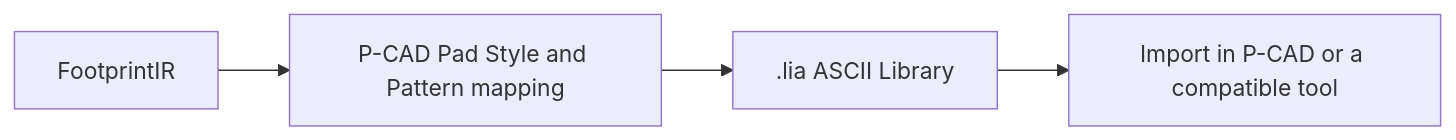
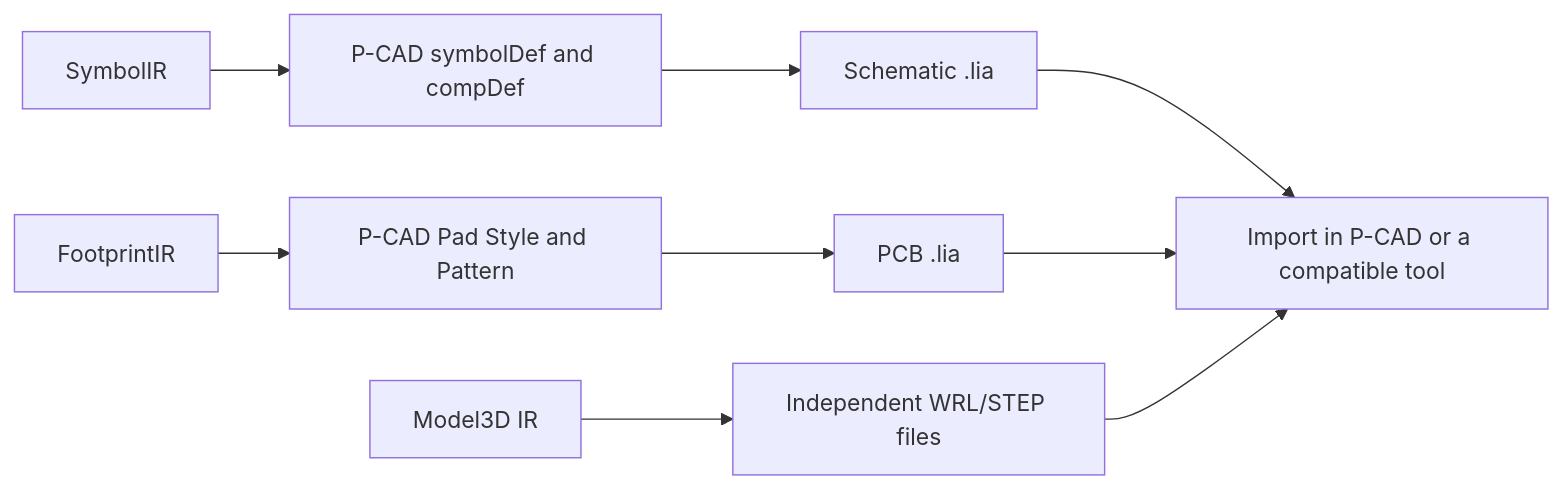
One commit to EasyKiconverter/EasyKiConverter changed the diagram in docs/developer/PCAD_EXPORT_en.md. Above: the diagram before and after it, drawn with Mermaid. The commit also changed other lines of this file and 13 other files, not shown here.

````diff
--- a/docs/developer/PCAD_EXPORT_en.md
+++ b/docs/developer/PCAD_EXPORT_en.md
@@ -5,6 +5,11 @@
 ```mermaid
 flowchart LR
-    IR[FootprintIR] --> M[P-CAD Pad Style and Pattern mapping]
-    M --> L[.lia ASCII Library]
+    S[SymbolIR] --> SC[P-CAD symbolDef and compDef]
+    F[FootprintIR] --> FC[P-CAD Pad Style and Pattern]
+    M[Model3D IR] --> MC[Independent WRL/STEP files]
+    SC --> L[Schematic .lia]
+    FC --> L2[PCB .lia]
     L --> P[Import in P-CAD or a compatible tool]
+    L2 --> P
+    MC --> P
 ```
````
